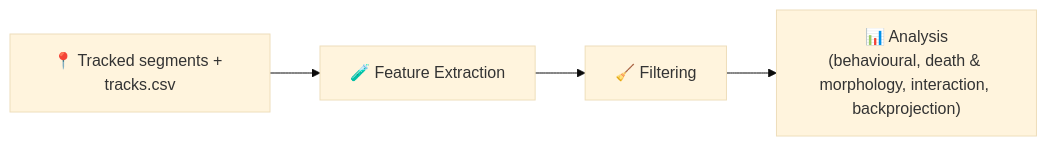
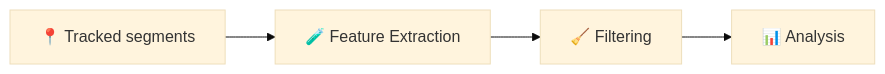
The diagram in docs/source/analysis/index.md (imAIgene-Dream3D/BEHAV3D), drawn with Mermaid (base theme) before and after one commit. The commit also changed other lines of this file and 23 other files, not shown here.

````diff
--- a/docs/source/analysis/index.md
+++ b/docs/source/analysis/index.md
@@ -7,6 +7,6 @@
 ```{mermaid}
 flowchart LR
-    T["📍 Tracked segments + tracks.csv"] --> FE["🧪 Feature Extraction"]
+    T["📍 Tracked segments"] --> FE["🧪 Feature Extraction"]
     FE --> F["🧹 Filtering"]
-    F --> A["📊 Analysis<br/>(behavioural, death &amp; morphology, interaction, backprojection)"]
+    F --> A["📊 Analysis"]
 ```
````
